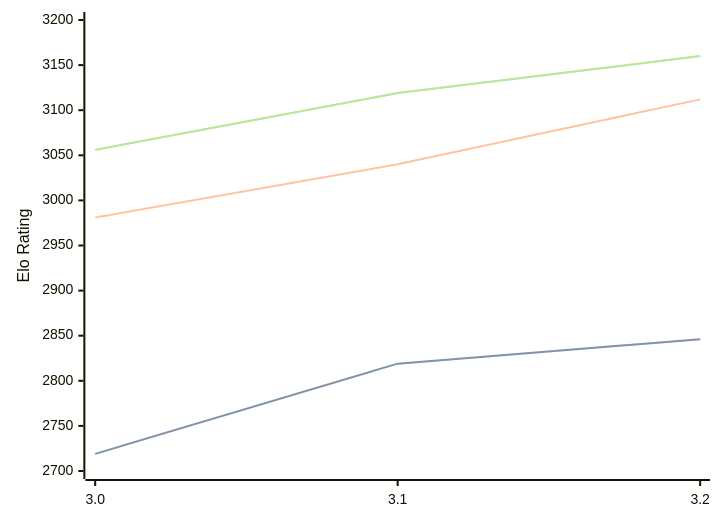
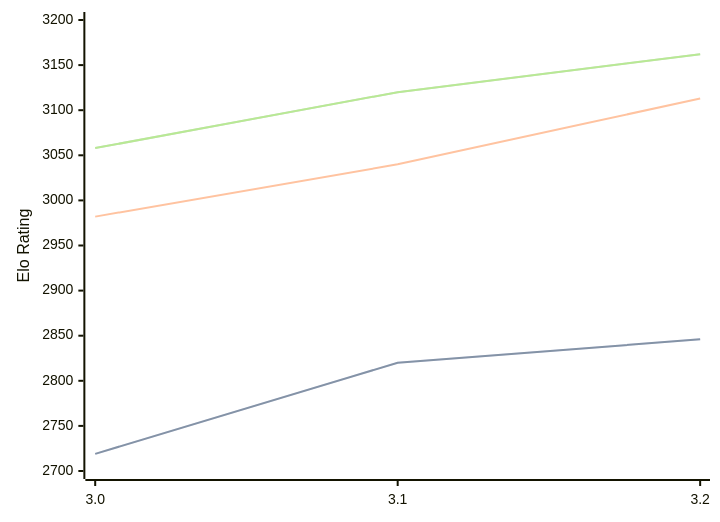
Before and after one commit to computer-chess-index/cci: the diagram in engines/Vajolet2.md, drawn with Mermaid. The commit also changed other lines of this file, not shown here.

Commit message:
Update CCI Ratings (ELO VLTC) - 2026-07-25

````diff
--- a/engines/Vajolet2.md
+++ b/engines/Vajolet2.md
@@ -41,11 +41,11 @@
 ```mermaid
 %%{init: {"theme":"base","themeVariables":{"seriesColors:['#a3a3a3','#222221','#faa371']}}}%%
 xychart-beta
   x-axis ["3.0", "3.1", "3.2"]
   y-axis "Elo Rating" 2700 --> 3200
-  line "STC (8.0+0.08s)" [2719, 2819, 2846]
-  line "STC (8.0+0.08s)" [2719, 2819, 2846]
-  line "LTC (60.0+0.60s)" [2981, 3040, 3112]
-  line "VLTC (2m24s+1.12s)" [3056, 3119, 3160]
-  line "VLTC (2m24s+1.12s)" [3056, 3119, 3160]
+  line "STC (8.0+0.08s)" [2719, 2820, 2846]
+  line "STC (8.0+0.08s)" [2719, 2820, 2846]
+  line "LTC (60.0+0.60s)" [2982, 3040, 3113]
+  line "VLTC (2m24s+1.12s)" [3058, 3120, 3162]
+  line "VLTC (2m24s+1.12s)" [3058, 3120, 3162]
 ```
````
